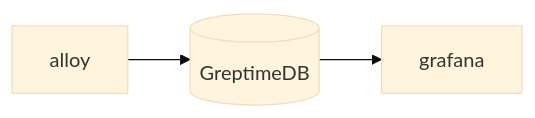
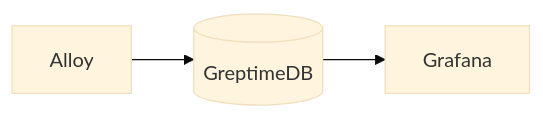
The diagram in grafana-alloy/README.md (GreptimeTeam/demo-scene), drawn with Mermaid (base theme) before and after one commit.

Commit message:
chore: style update

````diff
--- a/grafana-alloy/README.md
+++ b/grafana-alloy/README.md
@@ -67,9 +67,9 @@
 ```mermaid
 flowchart LR
   greptimedb[(GreptimeDB)]
-  alloy
-  grafana
+  alloy[Alloy]
+  grafana[Grafana]
 
   alloy --> greptimedb
   greptimedb --> grafana
 ```
````
